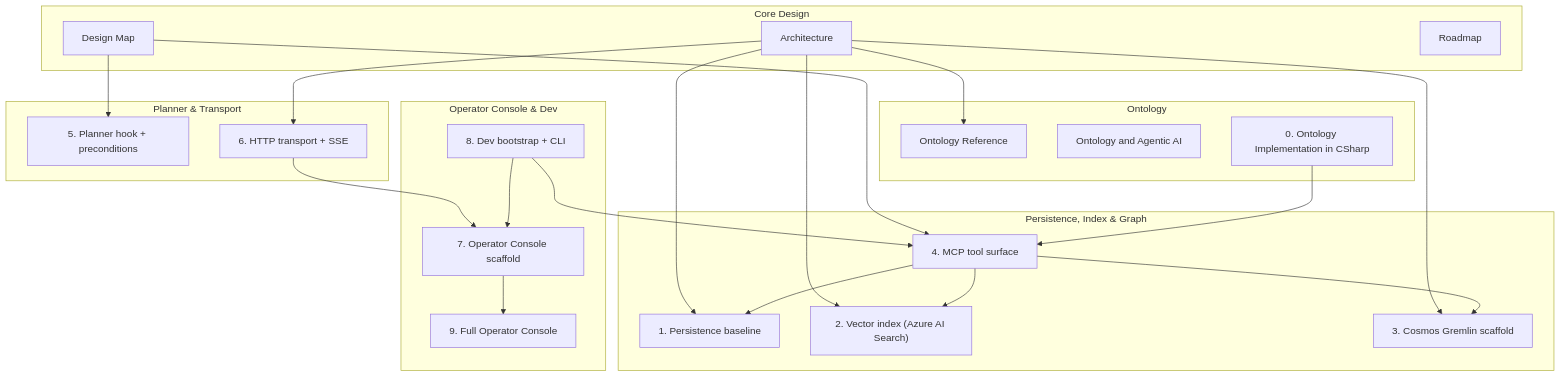
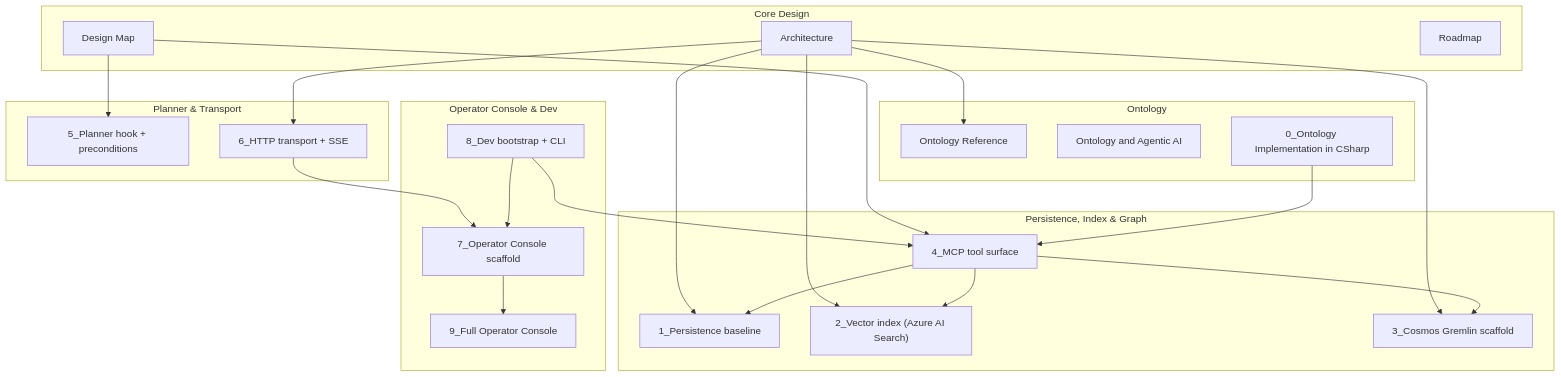
One commit to LimboDancer-Canary/LimboDancer.MCP changed the first of 2 diagrams in src/docs/readme.md. Above: the diagram before and after it, drawn with Mermaid. The commit also changed other lines of this file, not shown here.

`````diff
--- a/src/docs/readme.md
+++ b/src/docs/readme.md
@@ -10,60 +11,59 @@
 ```mermaid
 flowchart TD
   %% Core Design
-  subgraph CORE[Core Design]
+  subgraph CORE [Core Design]
     ARCH[Architecture]
     DMAP[Design Map]
     RMAP[Roadmap]
   end
 
   %% Ontology
-  subgraph ONTO[Ontology]
+  subgraph ONTO [Ontology]
     OREF[Ontology Reference]
     OAAI[Ontology and Agentic AI]
-    O0["0. Ontology Implementation in CSharp"]
+    O0["0_Ontology Implementation in CSharp"]
   end
 
   %% Data Layer
-  subgraph DATA[Persistence, Index & Graph]
-    P1["1. Persistence baseline"]
-    V2["2. Vector index (Azure AI Search)"]
-    G3["3. Cosmos Gremlin scaffold"]
-    T4["4. MCP tool surface"]
+  subgraph DATA [Persistence, Index & Graph]
+    P1["1_Persistence baseline"]
+    V2["2_Vector index (Azure AI Search)"]
+    G3["3_Cosmos Gremlin scaffold"]
+    T4["4_MCP tool surface"]
   end
 
   %% Runtime
-  subgraph RUNTIME[Planner & Transport]
-    P5["5. Planner hook + preconditions"]
-    H6["6. HTTP transport + SSE"]
+  subgraph RUNTIME [Planner & Transport]
+    P5["5_Planner hook + preconditions"]
+    H6["6_HTTP transport + SSE"]
   end
 
   %% Operator Console & Dev
-  subgraph OPS[Operator Console & Dev]
-    U7["7. Operator Console scaffold"]
-    C8["8. Dev bootstrap + CLI"]
-    D9["9. Full Operator Console"]
+  subgraph OPS [Operator Console & Dev]
+    U7["7_Operator Console scaffold"]
+    C8["8_Dev bootstrap + CLI"]
+    D9["9_Full Operator Console"]
   end
 
   %% Connections
   ARCH --> OREF
   ARCH --> P1
   ARCH --> V2
   ARCH --> G3
   ARCH --> H6
 
   DMAP --> P5
   DMAP --> T4
 
   O0 --> T4
 
   T4 --> P1
   T4 --> V2
   T4 --> G3
 
   H6 --> U7
   U7 --> D9
 
   C8 --> T4
   C8 --> U7
-
 ````
`````
